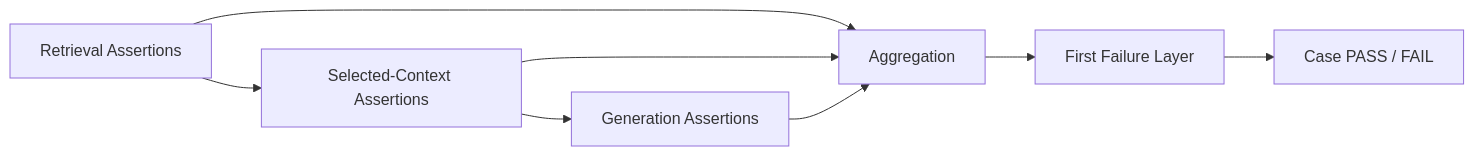
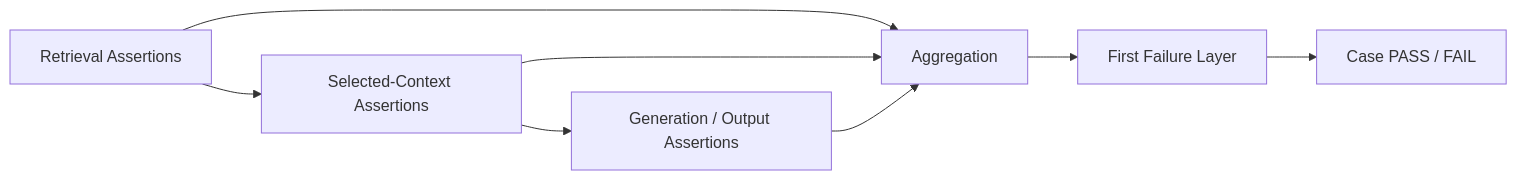
One commit to oleksandrserhieiev-beep/ai-qe-lab changed the third of 3 diagrams in docs/automated_ai_evaluation.md. Above: the diagram before and after it, drawn with Mermaid. The commit also changed other lines of this file, not shown here.

````diff
--- a/docs/automated_ai_evaluation.md
+++ b/docs/automated_ai_evaluation.md
@@ -71,10 +87,10 @@
 ```mermaid
 flowchart LR
     R[Retrieval Assertions] --> C[Selected-Context Assertions]
-    C --> G[Generation Assertions]
+    C --> G[Generation / Output Assertions]
     R --> A[Aggregation]
     C --> A
     G --> A
     A --> L[First Failure Layer]
     L --> P[Case PASS / FAIL]
 ```
````
